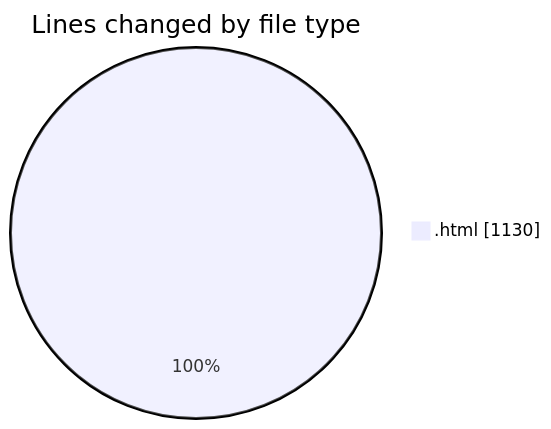
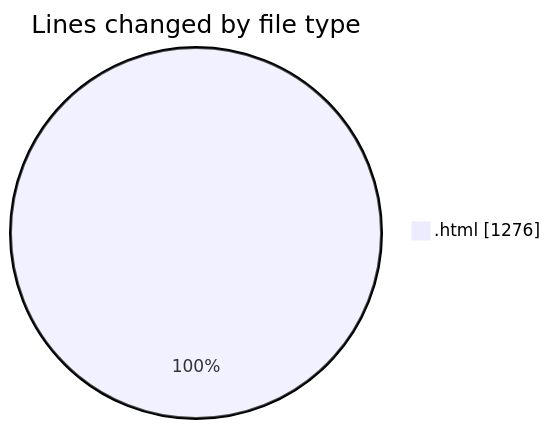
The first of 2 diagrams in 2025-08-09/nxtqube_webapp/README.md (nxtqubesakshisongat/code-tracking), drawn with Mermaid before and after one commit. The commit also changed other lines of this file and 1 other file, not shown here.

````diff
--- a/2025-08-09/nxtqube_webapp/README.md
+++ b/2025-08-09/nxtqube_webapp/README.md
@@ -20,5 +20,5 @@
 ```mermaid
 pie showData
 title Lines changed by file type
-".html" : 1130
+".html" : 1276
 ```
````
